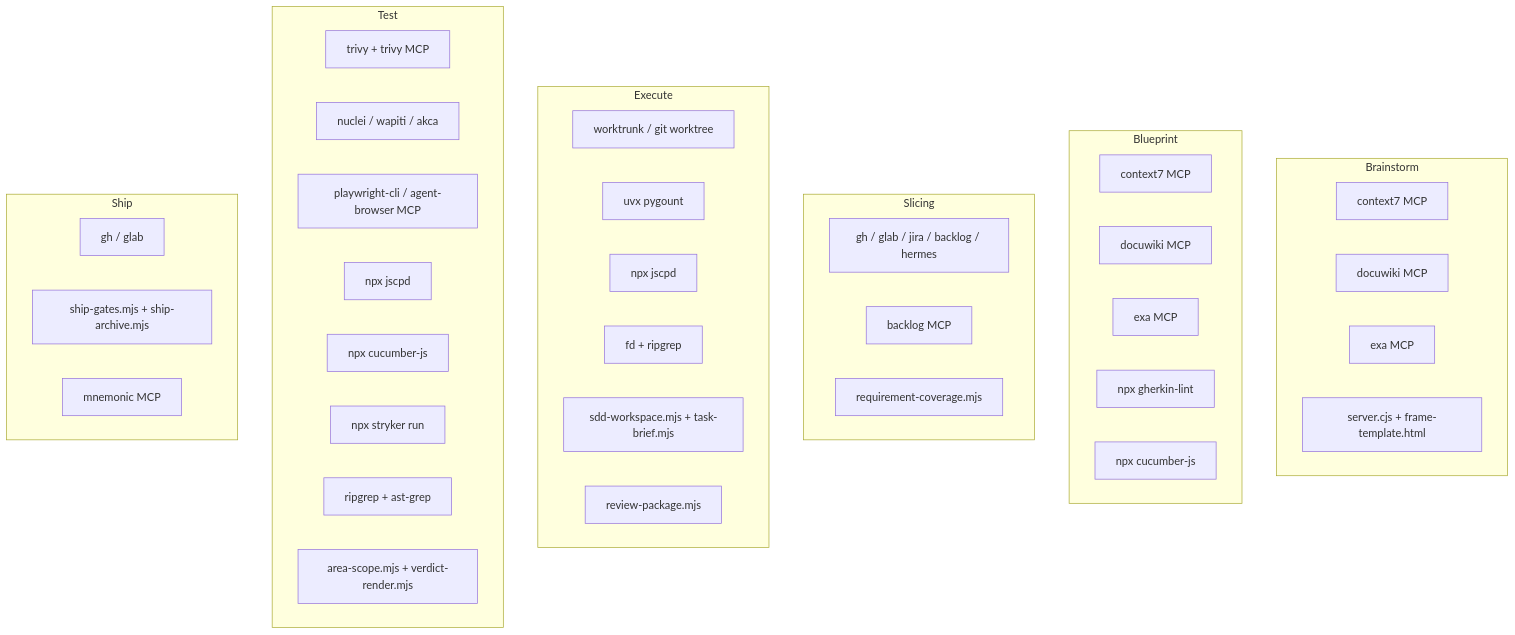
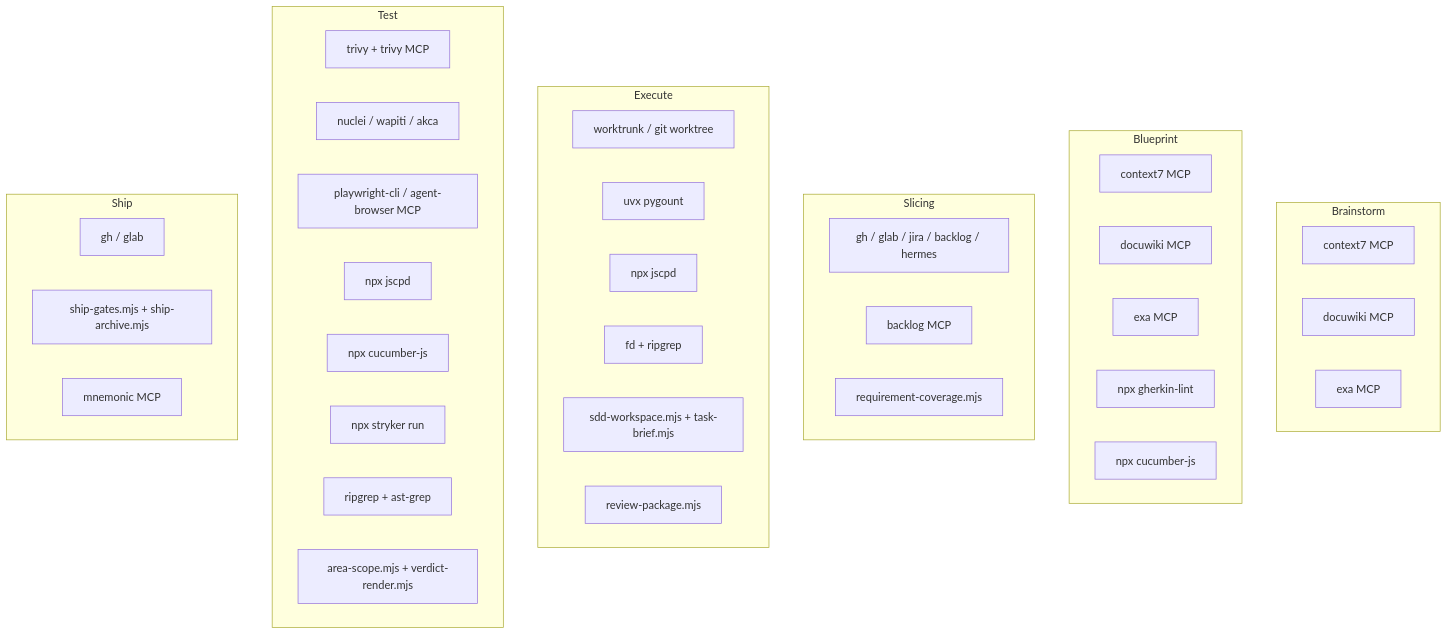
The diagram in docs/03-tools.md (devopstales/skillgrid), drawn with Mermaid before and after one commit. The commit also changed other lines of this file and 188 other files, not shown here.

````diff
--- a/docs/03-tools.md
+++ b/docs/03-tools.md
@@ -121,44 +116,43 @@
 ```mermaid
 flowchart TD
   subgraph Brainstorm
     B1[context7 MCP]
     B2[docuwiki MCP]
     B3[exa MCP]
-    B4[server.cjs + frame-template.html]
   end
   subgraph Blueprint
     BP1[context7 MCP]
     BP2[docuwiki MCP]
     BP3[exa MCP]
     BP4[npx gherkin-lint]
     BP5[npx cucumber-js]
   end
   subgraph Slicing
     S1[gh / glab / jira / backlog / hermes]
     S2[backlog MCP]
     S3[requirement-coverage.mjs]
   end
   subgraph Execute
     E1[worktrunk / git worktree]
     E2[uvx pygount]
     E3[npx jscpd]
     E4[fd + ripgrep]
     E5[sdd-workspace.mjs + task-brief.mjs]
     E6[review-package.mjs]
   end
   subgraph Test
     T1[trivy + trivy MCP]
     T2[nuclei / wapiti / akca]
     T3[playwright-cli / agent-browser MCP]
     T4[npx jscpd]
     T5[npx cucumber-js]
     T6[npx stryker run]
     T7[ripgrep + ast-grep]
     T8[area-scope.mjs + verdict-render.mjs]
   end
   subgraph Ship
     SH1[gh / glab]
     SH2[ship-gates.mjs + ship-archive.mjs]
     SH3[mnemonic MCP]
   end
 ```
````
